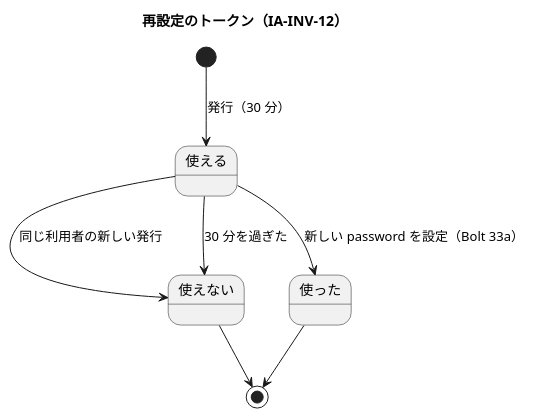
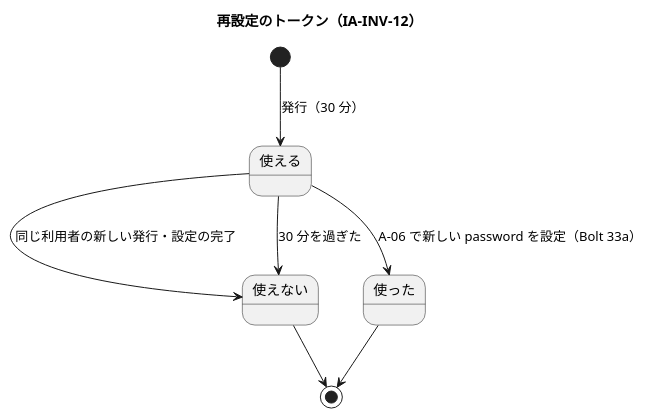
Before and after one commit to k2works/practical-domain-driven-design-in-enterpris-application: diagram 16 of 19 in docs/design/cargo-tracker/domain_model.md, drawn with PlantUML. The commit also changed other lines of this file and 12 other files, not shown here.

First line of the commit message:
docs(design): Bolt 33a の password の再設定（A-06）を設計文書に書く

````diff
--- a/docs/design/cargo-tracker/domain_model.md
+++ b/docs/design/cargo-tracker/domain_model.md
@@ -1067,11 +1121,11 @@
 ```plantuml
 @startuml
 title 再設定のトークン（IA-INV-12）
 [*] --> 使える : 発行（30 分）
-使える --> 使えない : 同じ利用者の新しい発行
+使える --> 使えない : 同じ利用者の新しい発行・設定の完了
 使える --> 使えない : 30 分を過ぎた
-使える --> 使った : 新しい password を設定（Bolt 33a）
+使える --> 使った : A-06 で新しい password を設定（Bolt 33a）
 使った --> [*]
 使えない --> [*]
 @enduml
 ```
````
